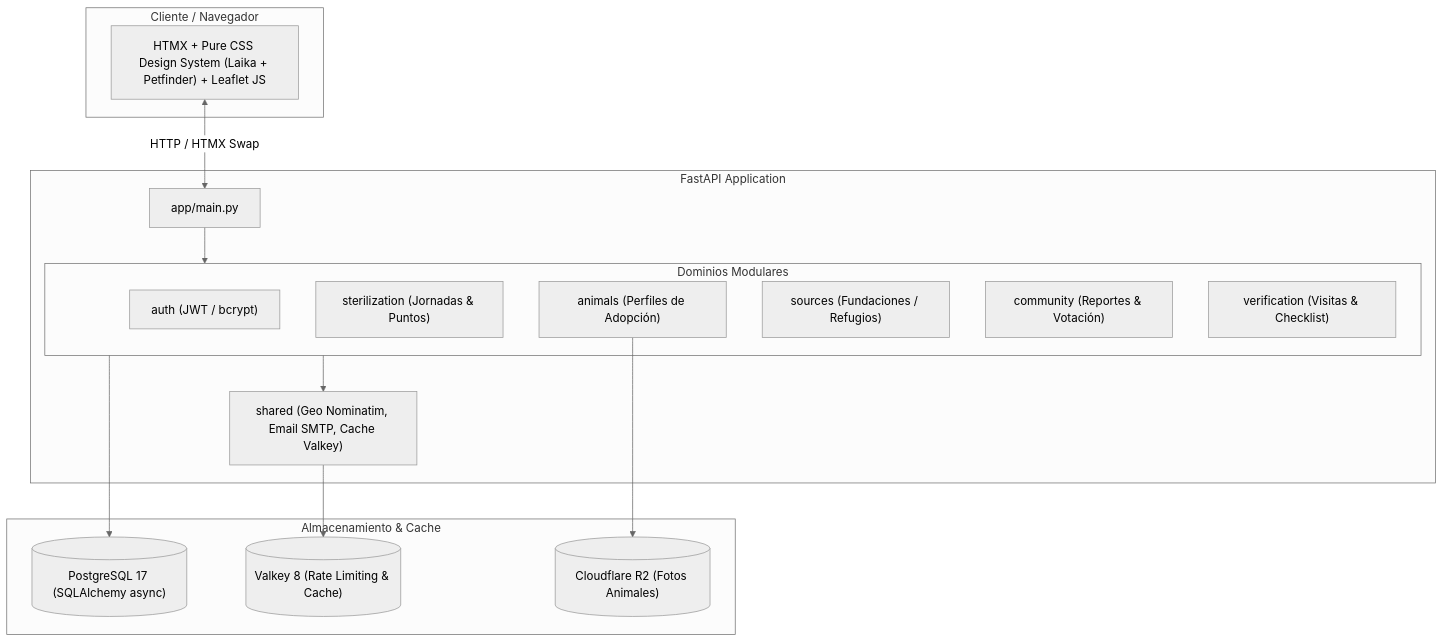
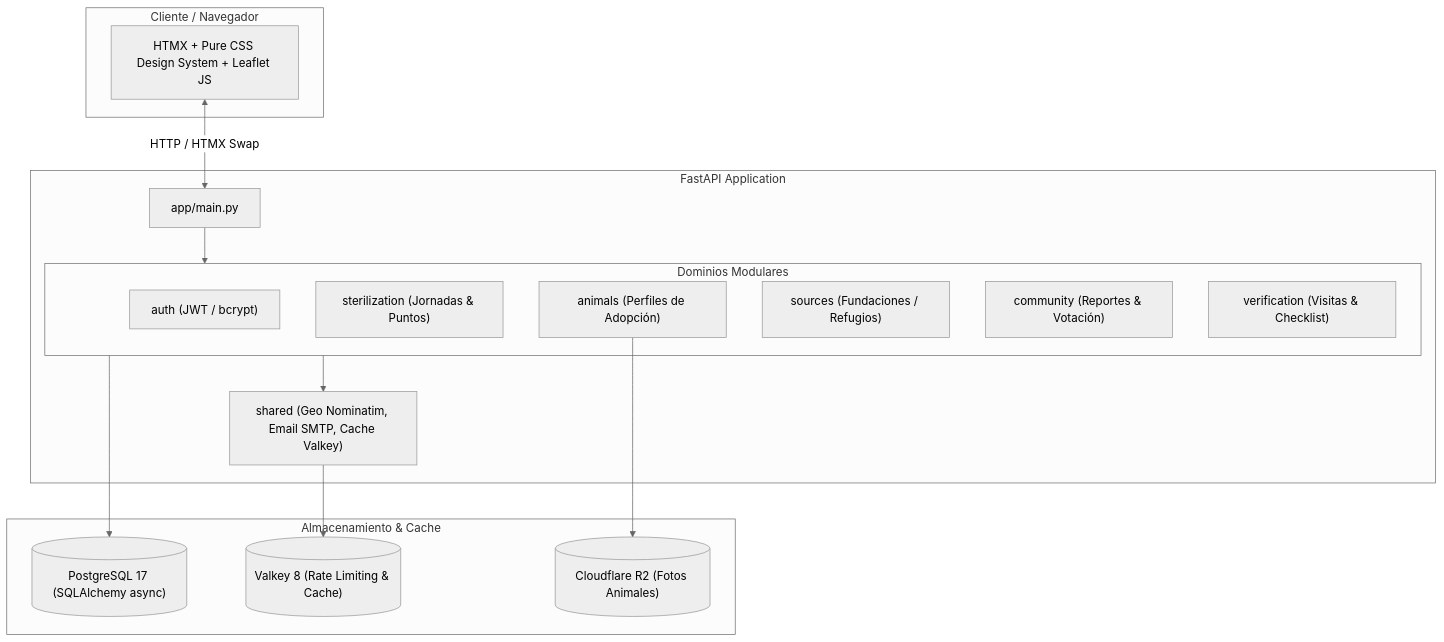
Before and after one commit to Developmi/sos-animales: the diagram in README.md, drawn with Mermaid (neutral theme). The commit also changed other lines of this file and 11 other files, not shown here.

````diff
--- a/README.md
+++ b/README.md
@@ -27,34 +27,34 @@
 ```mermaid
 flowchart TD
     subgraph Client["Cliente / Navegador"]
-        UI["HTMX + Pure CSS Design System (Laika + Petfinder) + Leaflet JS"]
+        UI["HTMX + Pure CSS Design System + Leaflet JS"]
     end
 
     subgraph AppServer["FastAPI Application"]
         Main["app/main.py"]
         
         subgraph Domains["Dominios Modulares"]
             Auth["auth (JWT / bcrypt)"]
             Sterilization["sterilization (Jornadas & Puntos)"]
             Animals["animals (Perfiles de Adopción)"]
             Sources["sources (Fundaciones / Refugios)"]
             Community["community (Reportes & Votación)"]
             Verification["verification (Visitas & Checklist)"]
         end
         
         Shared["shared (Geo Nominatim, Email SMTP, Cache Valkey)"]
     end
 
     subgraph DataStorage["Almacenamiento & Cache"]
         PG[("PostgreSQL 17 (SQLAlchemy async)")]
         VK[("Valkey 8 (Rate Limiting & Cache)")]
         R2[("Cloudflare R2 (Fotos Animales)")]
     end
 
     UI <-->|HTTP / HTMX Swap| Main
     Main --> Domains
     Domains --> Shared
     Domains --> PG
     Shared --> VK
     Animals --> R2
 ```
````
